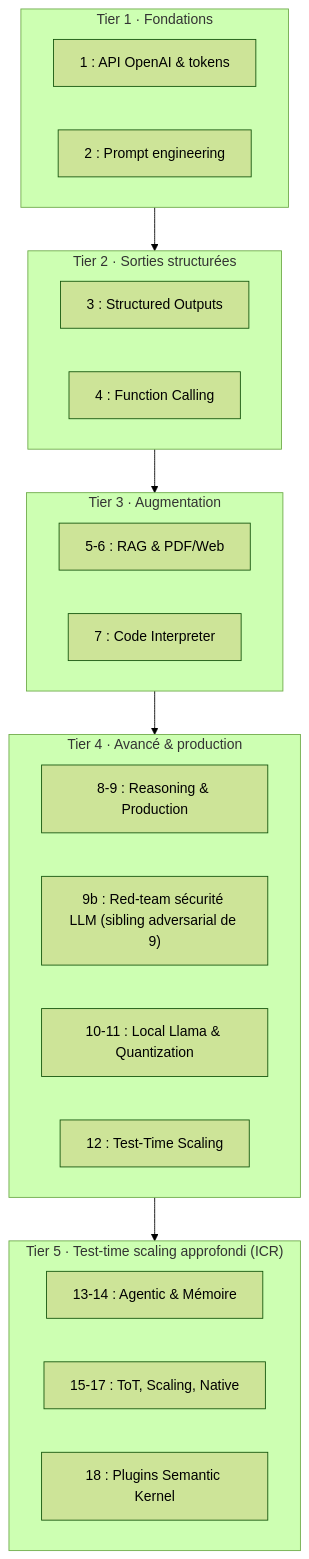
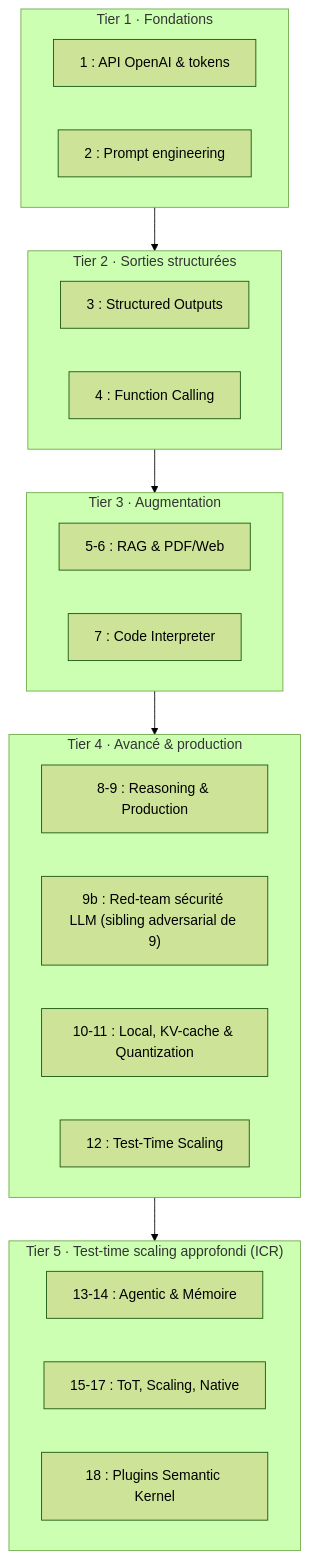
One commit to jsboige/CoursIA changed the diagram in MyIA.AI.Notebooks/GenAI/Texte/README.md. Above: the diagram before and after it, drawn with Mermaid (forest theme). The commit also changed other lines of this file and 4 other files, not shown here.

````diff
--- a/MyIA.AI.Notebooks/GenAI/Texte/README.md
+++ b/MyIA.AI.Notebooks/GenAI/Texte/README.md
@@ -214,27 +217,27 @@
 ```mermaid
 flowchart TD
     subgraph T1["Tier 1 · Fondations"]
         A1["1 : API OpenAI & tokens"]
         A2["2 : Prompt engineering"]
     end
     subgraph T2["Tier 2 · Sorties structurées"]
         B1["3 : Structured Outputs"]
         B2["4 : Function Calling"]
     end
     subgraph T3["Tier 3 · Augmentation"]
         C1["5-6 : RAG & PDF/Web"]
         C2["7 : Code Interpreter"]
     end
     subgraph T4["Tier 4 · Avancé & production"]
         D1["8-9 : Reasoning & Production"]
         D1b["9b : Red-team sécurité LLM (sibling adversarial de 9)"]
-        D2["10-11 : Local Llama & Quantization"]
+        D2["10-11 : Local, KV-cache & Quantization"]
         D3["12 : Test-Time Scaling"]
     end
     subgraph T5["Tier 5 · Test-time scaling approfondi (ICR)"]
         E1["13-14 : Agentic & Mémoire"]
         E2["15-17 : ToT, Scaling, Native"]
         E3["18 : Plugins Semantic Kernel"]
     end
     T1 --> T2 --> T3 --> T4 --> T5
 ```
````
